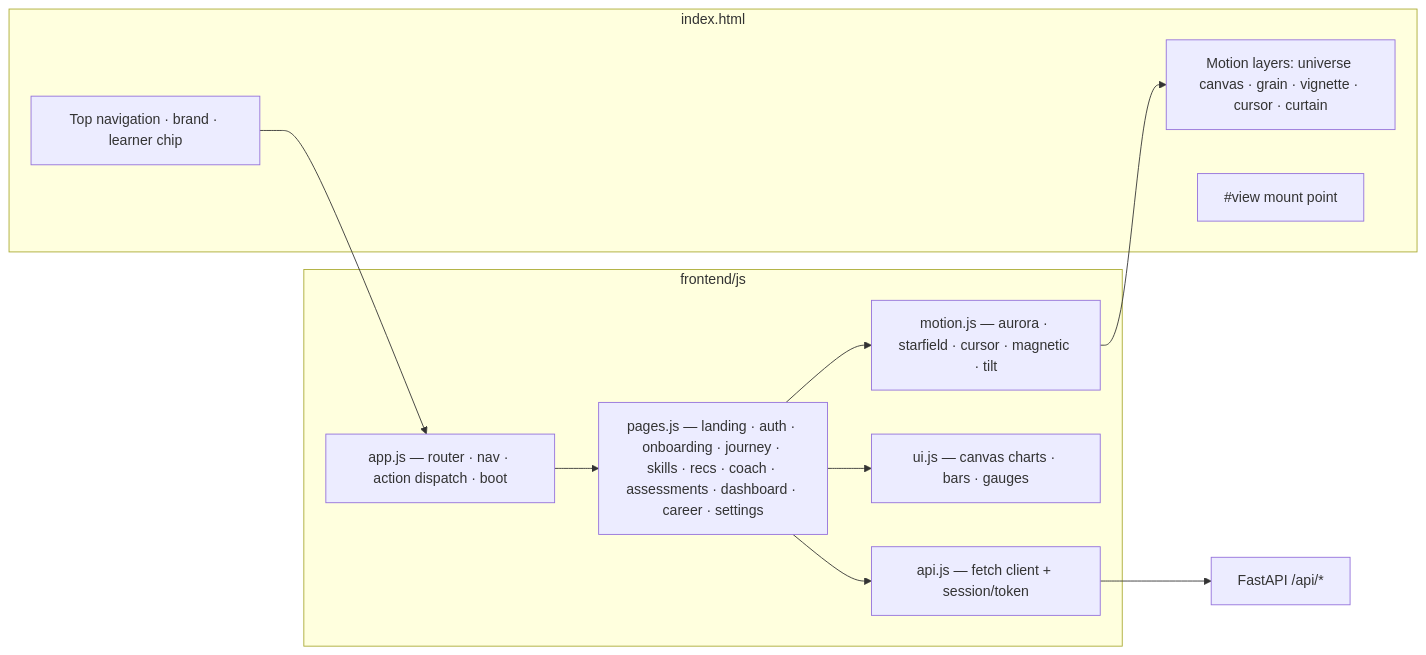
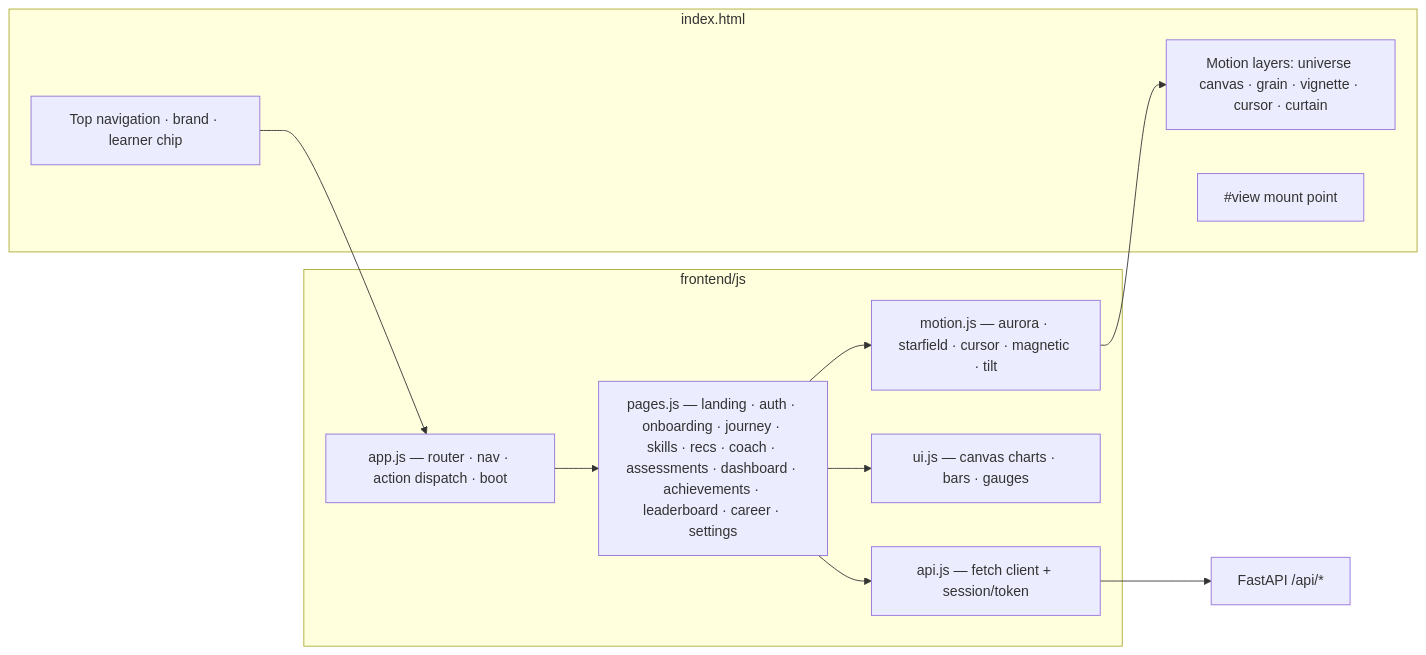
Before and after one commit to rishabhverma007/LearnPath-AI: the fifth of 5 diagrams in README.md, drawn with Mermaid. The commit also changed other lines of this file and 16 other files, not shown here.

````diff
--- a/README.md
+++ b/README.md
@@ -222,22 +279,22 @@
 ```mermaid
 flowchart LR
     subgraph Shell["index.html"]
         M[Motion layers: universe canvas · grain · vignette · cursor · curtain]
         N[Top navigation · brand · learner chip]
         V["#view mount point"]
     end
     subgraph JS["frontend/js"]
         A[api.js — fetch client + session/token]
         B[app.js — router · nav · action dispatch · boot]
-        P[pages.js — landing · auth · onboarding · journey · skills · recs · coach · assessments · dashboard · career · settings]
+        P[pages.js — landing · auth · onboarding · journey · skills · recs · coach · assessments · dashboard · achievements · leaderboard · career · settings]
         U[ui.js — canvas charts · bars · gauges]
         MO[motion.js — aurora · starfield · cursor · magnetic · tilt]
     end
     N --> B
     B --> P
     P --> A
     P --> U
     P --> MO
     A --> S["FastAPI /api/*"]
     MO --> M
 ```
````
